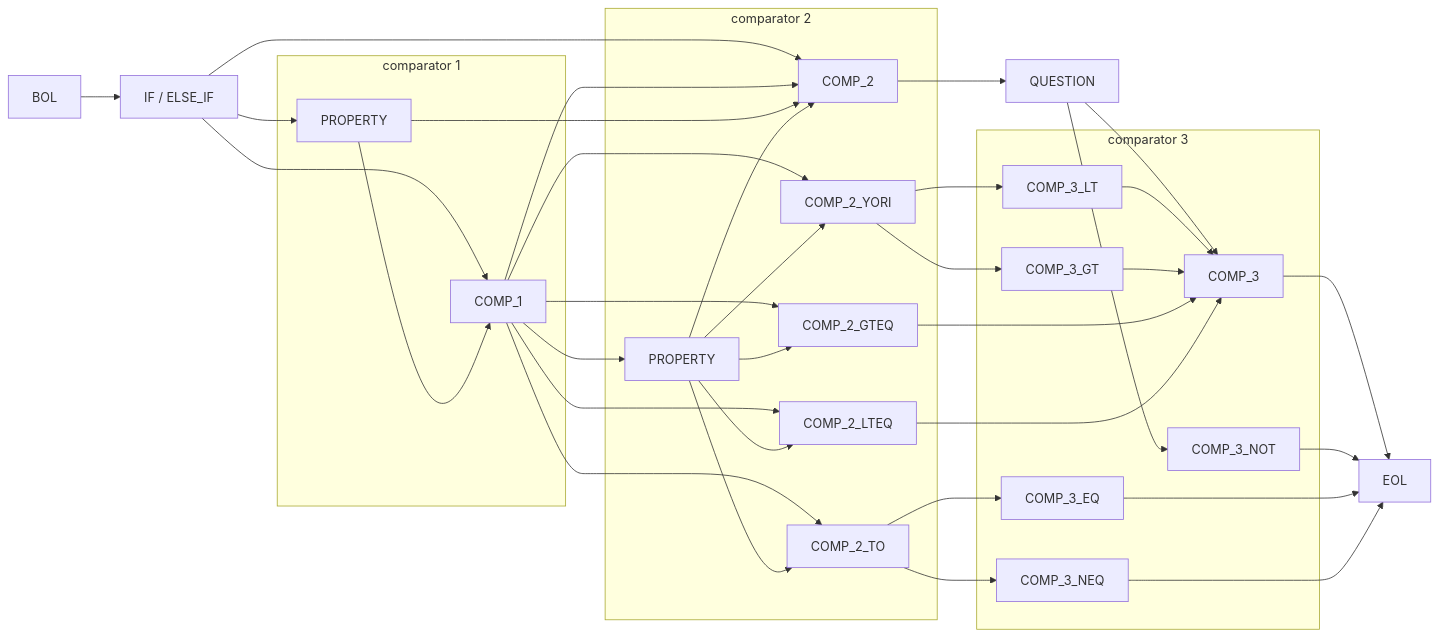
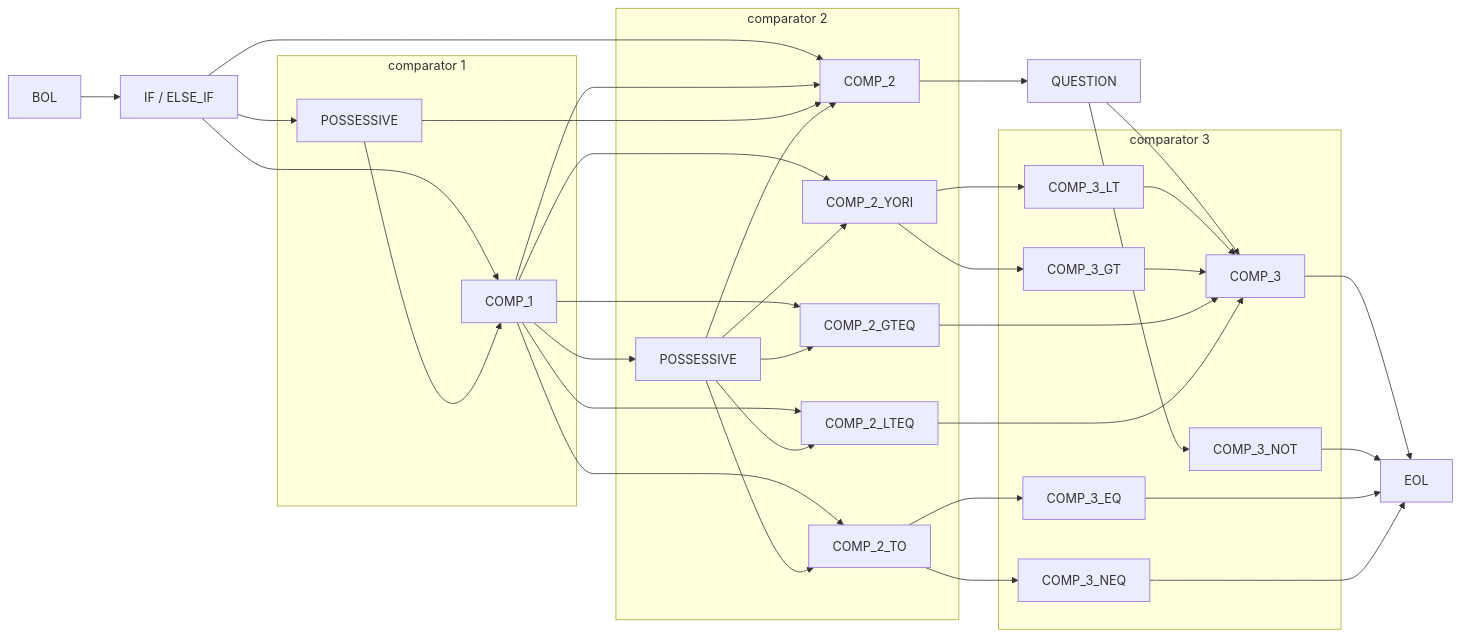
One commit to rewhowe/snapdragon changed the eighth of 12 diagrams in documentation/nfsm.md. Above: the diagram before and after it, drawn with Mermaid. The commit also changed other lines of this file and 11 other files, not shown here.

Commit message:
rename token property to possessive

````diff
--- a/documentation/nfsm.md
+++ b/documentation/nfsm.md
@@ -137,64 +137,64 @@
 ```mermaid
 graph LR
   BOL --> IF[IF / ELSE_IF]
 
   IF[IF / ELSE_IF] --> COMP_1
   IF[IF / ELSE_IF] --> COMP_2
-  IF[IF / ELSE_IF] --> PROPERTY_1[PROPERTY]
+  IF[IF / ELSE_IF] --> POSSESSIVE_1[POSSESSIVE]
 
   COMP_1 --> COMP_2
   COMP_1 --> COMP_2_TO
   COMP_1 --> COMP_2_YORI
   COMP_1 --> COMP_2_GTEQ
   COMP_1 --> COMP_2_LTEQ
-  COMP_1 --> PROPERTY_2[PROPERTY]
+  COMP_1 --> POSSESSIVE_2[POSSESSIVE]
 
   COMP_2 --> QUESTION
 
   QUESTION --> COMP_3
   QUESTION --> COMP_3_NOT
 
   COMP_3 --> EOL
 
   COMP_3_NOT --> EOL
 
   COMP_2_TO --> COMP_3_EQ
   COMP_2_TO --> COMP_3_NEQ
 
   COMP_3_EQ --> EOL
 
   COMP_3_NEQ --> EOL
 
   COMP_2_YORI --> COMP_3_LT
   COMP_2_YORI --> COMP_3_GT
 
   subgraph comparator 3
     COMP_3_NOT
 
     COMP_3_LT --> COMP_3
 
     COMP_3_GT --> COMP_3
 
     COMP_3_EQ
 
     COMP_3_NEQ
   end
 
   COMP_2_GTEQ --> COMP_3
 
   COMP_2_LTEQ --> COMP_3
 
   subgraph comparator 1
-    PROPERTY_1[PROPERTY] --> COMP_1
+    POSSESSIVE_1[POSSESSIVE] --> COMP_1
   end
 
   subgraph comparator 2
-    PROPERTY_1[PROPERTY] --> COMP_2
+    POSSESSIVE_1[POSSESSIVE] --> COMP_2
 
-    PROPERTY_2[PROPERTY] --> COMP_2
-    PROPERTY_2[PROPERTY] --> COMP_2_TO
-    PROPERTY_2[PROPERTY] --> COMP_2_YORI
-    PROPERTY_2[PROPERTY] --> COMP_2_GTEQ
-    PROPERTY_2[PROPERTY] --> COMP_2_LTEQ
+    POSSESSIVE_2[POSSESSIVE] --> COMP_2
+    POSSESSIVE_2[POSSESSIVE] --> COMP_2_TO
+    POSSESSIVE_2[POSSESSIVE] --> COMP_2_YORI
+    POSSESSIVE_2[POSSESSIVE] --> COMP_2_GTEQ
+    POSSESSIVE_2[POSSESSIVE] --> COMP_2_LTEQ
   end
 ```
````
